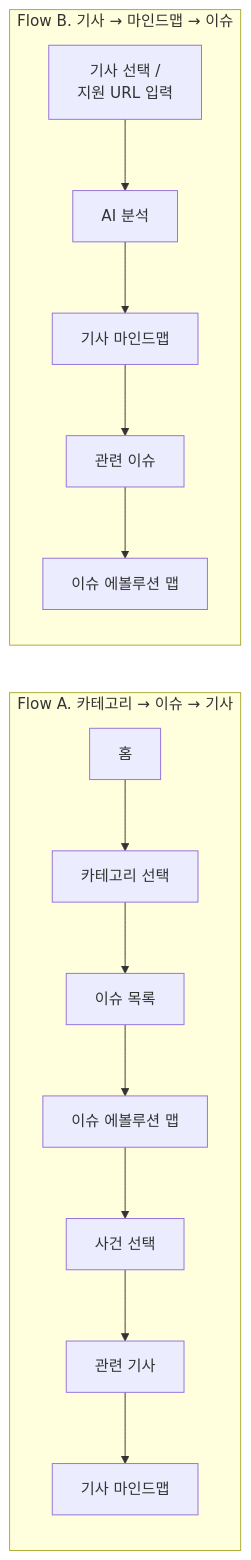
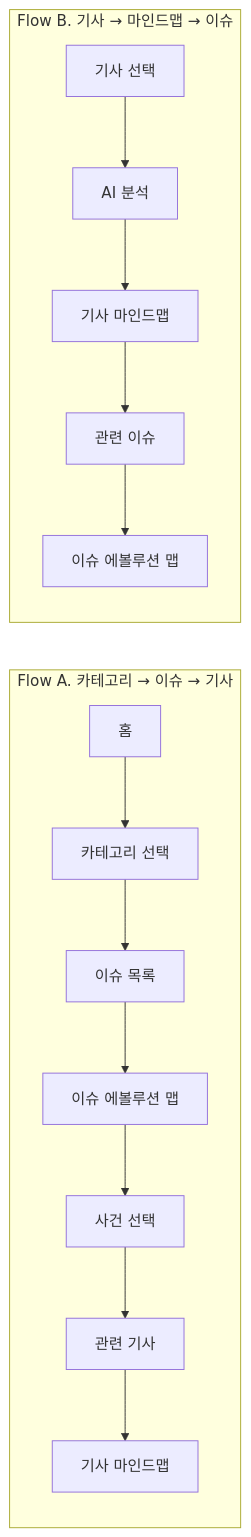
Before and after one commit to a102-NEWLEARN/NEW-LEARN: the diagram in docs/mvp-overview.md, drawn with Mermaid. The commit also changed other lines of this file, not shown here.

First line of the commit message:
docs(common): MVP 개요에 10-20 회의 확정분 — 카테고리 5개 · URL 입력 빼기

````diff
--- a/docs/mvp-overview.md
+++ b/docs/mvp-overview.md
@@ -186,9 +184,9 @@
 ```mermaid
 flowchart LR
     subgraph A["Flow A. 카테고리 → 이슈 → 기사"]
         A1["홈"] --> A2["카테고리 선택"] --> A3["이슈 목록"] --> A4["이슈 에볼루션 맵"] --> A5["사건 선택"] --> A6["관련 기사"] --> A7["기사 마인드맵"]
     end
     subgraph B["Flow B. 기사 → 마인드맵 → 이슈"]
-        B1["기사 선택 /<br/>지원 URL 입력"] --> B2["AI 분석"] --> B3["기사 마인드맵"] --> B4["관련 이슈"] --> B5["이슈 에볼루션 맵"]
+        B1["기사 선택"] --> B2["AI 분석"] --> B3["기사 마인드맵"] --> B4["관련 이슈"] --> B5["이슈 에볼루션 맵"]
     end
 ```
````
